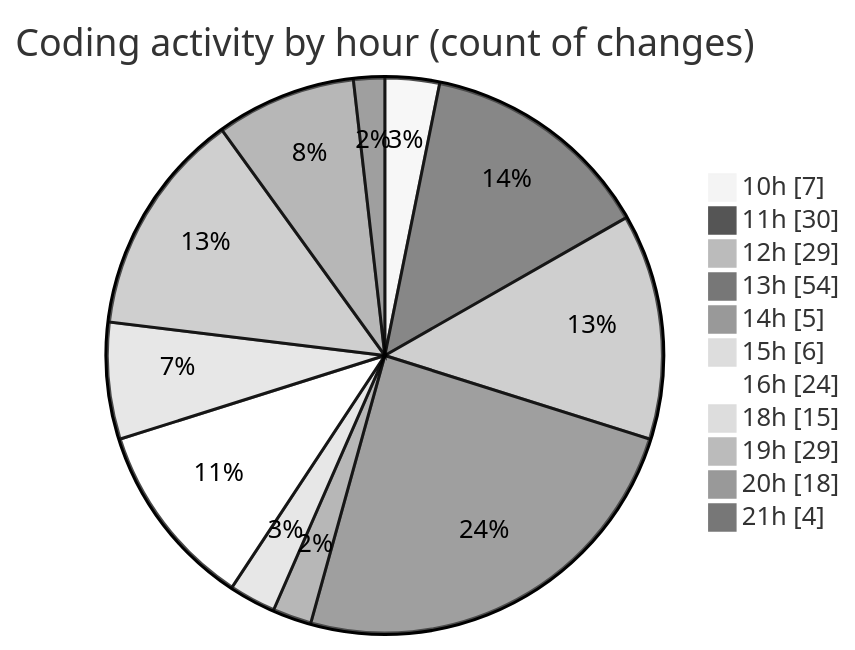
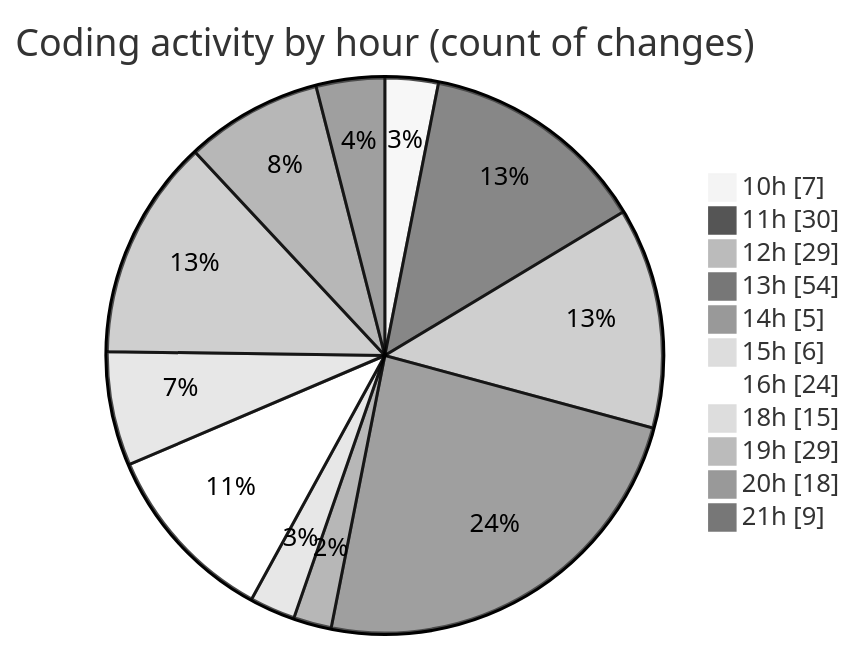
The second of 2 diagrams in 2025-06-26/cda/README.md (momahboobian/code-tracking), drawn with Mermaid (neutral theme) before and after one commit. The commit also changed other lines of this file and 1 other file, not shown here.

````diff
--- a/2025-06-26/cda/README.md
+++ b/2025-06-26/cda/README.md
@@ -45,15 +45,15 @@
 ```mermaid
 pie showData
 title Coding activity by hour (count of changes)
 "10h" : 7
 "11h" : 30
 "12h" : 29
 "13h" : 54
 "14h" : 5
 "15h" : 6
 "16h" : 24
 "18h" : 15
 "19h" : 29
 "20h" : 18
-"21h" : 4
+"21h" : 9
 ```
````
